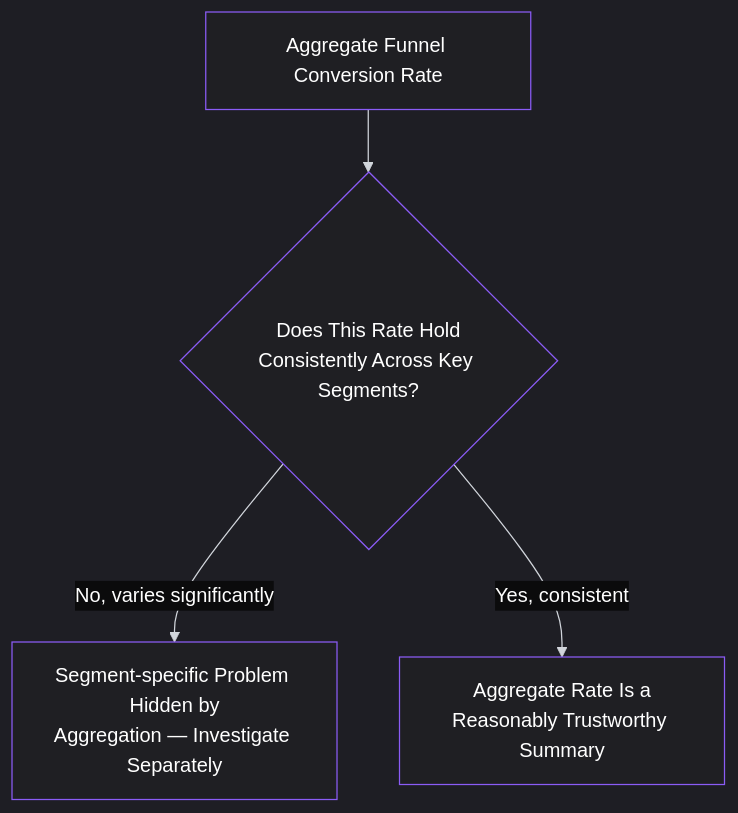
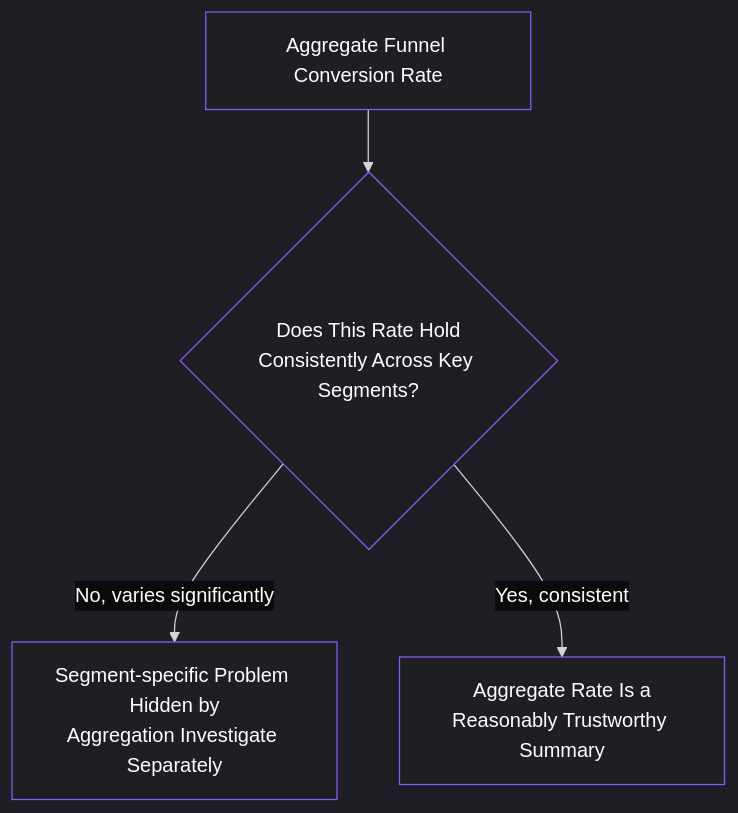
The second of 3 diagrams in content/lessons/lesson-043.md (pmacademy-app/web), drawn with Mermaid before and after one commit. The commit also changed other lines of this file and 90 other files, not shown here.

````diff
--- a/content/lessons/lesson-043.md
+++ b/content/lessons/lesson-043.md
@@ -106,36 +106,36 @@
 ```mermaid
 %%{init: {
   "theme": "dark",
   "themeVariables": {
     "background": "#0b0b0c",
     "primaryColor": "#1f1f23",
     "primaryTextColor": "#ffffff",
     "primaryBorderColor": "#8b5cf6",
     "lineColor": "#d1d5db",
     "secondaryColor": "#18181b",
     "tertiaryColor": "#111111",
     "mainBkg": "#1f1f23",
     "nodeBorder": "#8b5cf6",
     "clusterBkg": "#000000",
     "clusterBorder": "#27272a",
     "titleColor": "#ffffff",
     "edgeLabelBackground": "#0b0b0c",
     "nodeTextColor": "#ffffff",
     "edgeLabelColor": "#ffffff",
     "actorBorder": "#8b5cf6",
     "actorBkg": "#1f1f23",
     "actorTextColor": "#ffffff",
     "sequenceNumberColor": "#ffffff",
     "signalColor": "#8b5cf6",
     "signalTextColor": "#ffffff",
     "textColor": "#ffffff",
     "classText": "#ffffff",
     "classBorder": "#8b5cf6",
     "classBkg": "#1f1f23"
   }
 }}%%
 graph TD
     A[Aggregate Funnel Conversion Rate] --> B{Does This Rate Hold<br/>Consistently Across Key Segments?}
-    B -->|No, varies significantly| C[Segment-specific Problem Hidden by<br/>Aggregation — Investigate Separately]
+    B -->|No, varies significantly| C[Segment-specific Problem Hidden by<br/>Aggregation Investigate Separately]
     B -->|Yes, consistent| D[Aggregate Rate Is a<br/>Reasonably Trustworthy Summary]
 ```
````
